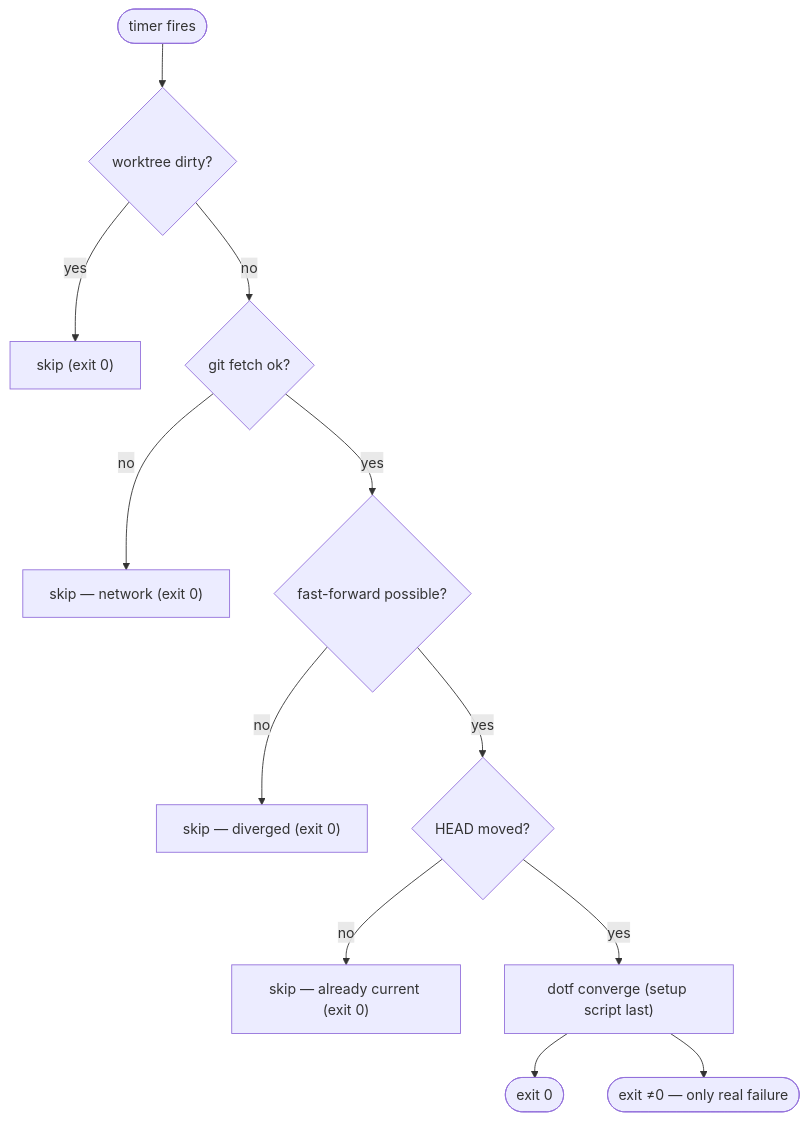
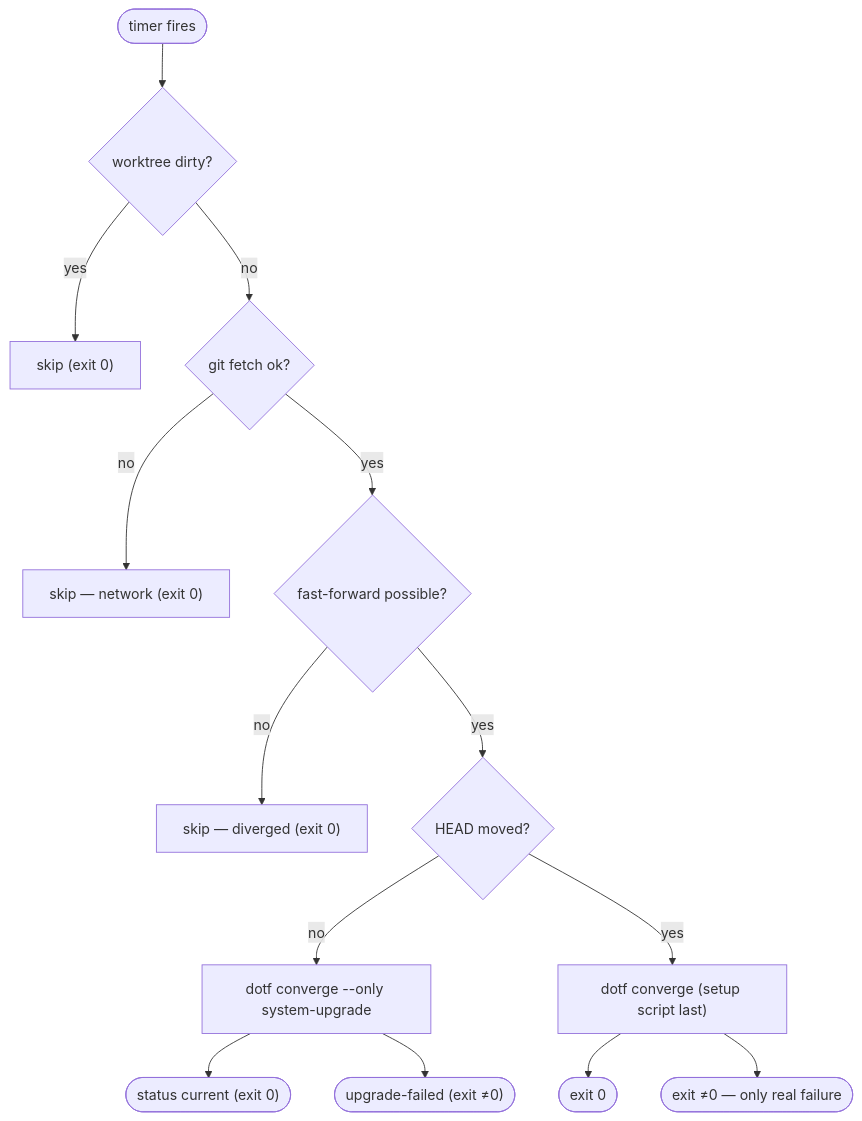
One commit to mlorentedev/dotfiles changed the diagram in docs/runbooks/guide-self-deploy-timer.md. Above: the diagram before and after it, drawn with Mermaid. The commit also changed other lines of this file and 10 other files, not shown here.

Commit message:
feat(update): run the system-upgrade step on a day the checkout did not move

````diff
--- a/docs/runbooks/guide-self-deploy-timer.md
+++ b/docs/runbooks/guide-self-deploy-timer.md
@@ -27,13 +32,14 @@
 ```mermaid
 flowchart TB
     T([timer fires]) --> D{worktree dirty?}
     D -- yes --> S1["skip (exit 0)"]
     D -- no --> F{git fetch ok?}
     F -- no --> S2["skip — network (exit 0)"]
     F -- yes --> FF{fast-forward possible?}
     FF -- no --> S3["skip — diverged (exit 0)"]
     FF -- yes --> M{HEAD moved?}
-    M -- no --> S4["skip — already current (exit 0)"]
+    M -- no --> UP["dotf converge --only system-upgrade"]
+    UP --> OK2(["status current (exit 0)"]) & UF(["upgrade-failed (exit ≠0)"])
     M -- yes --> SETUP["dotf converge (setup script last)"]
     SETUP --> OK([exit 0]) & ERR(["exit ≠0 — only real failure"])
 ```
````
